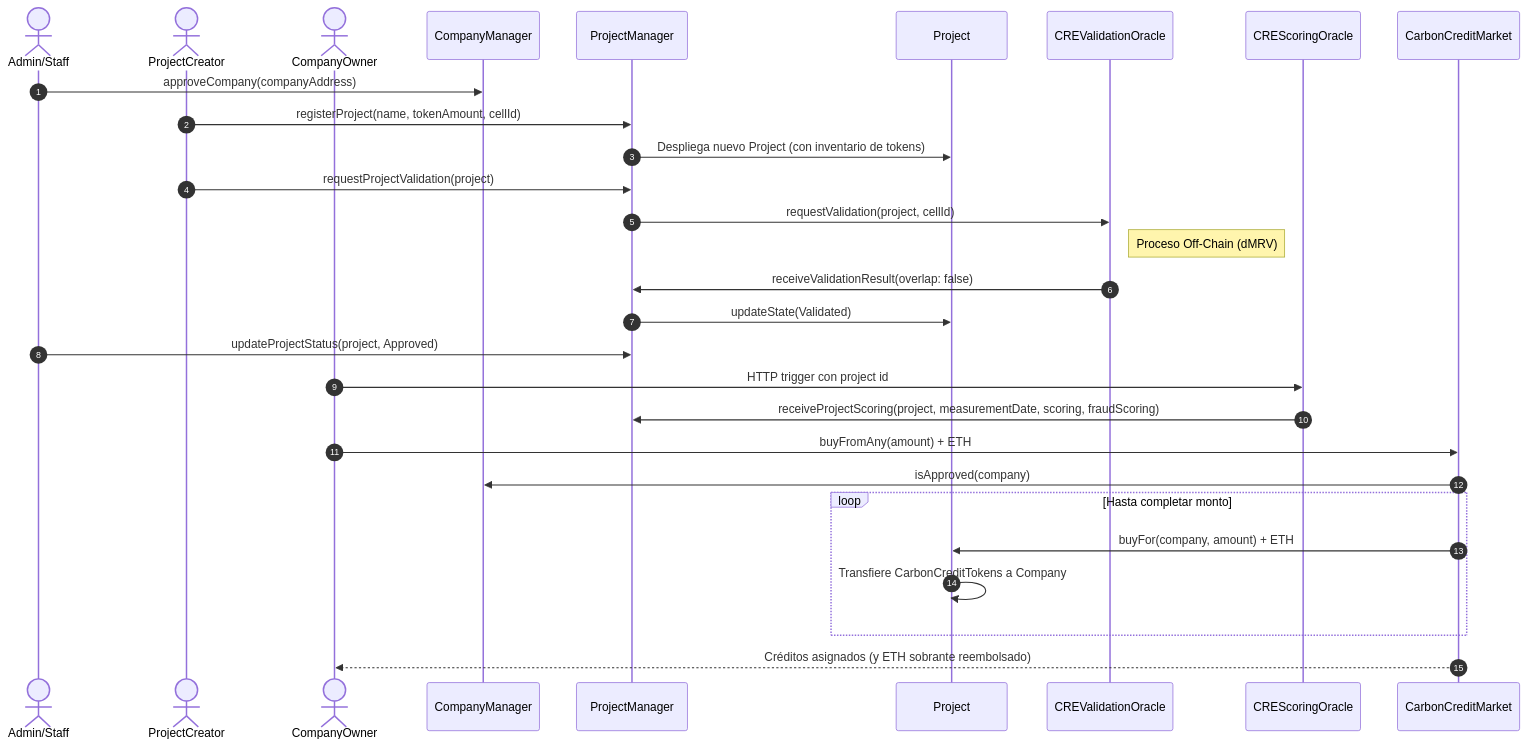
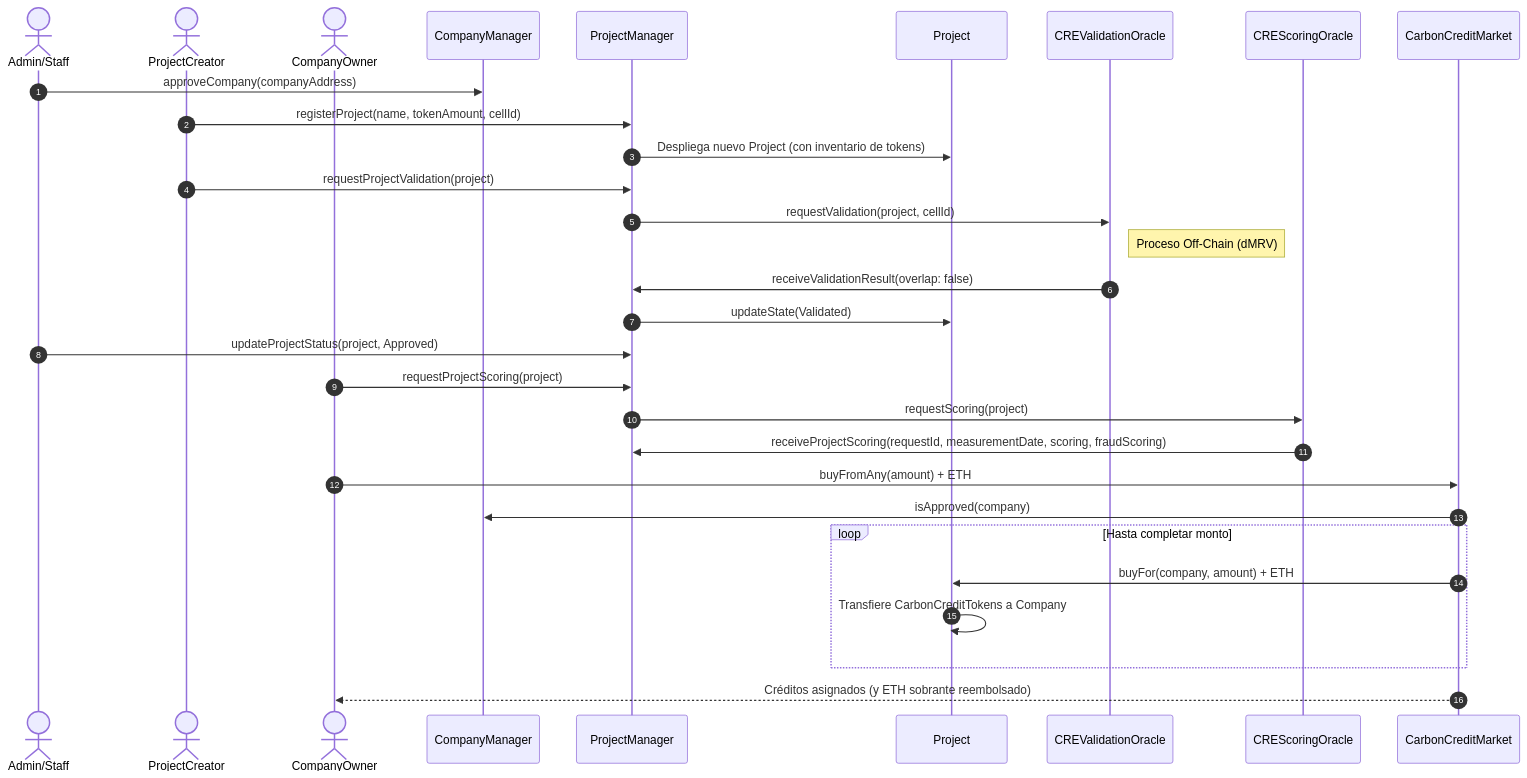
Before and after one commit to TesinaNotCarbon/NotCarbon: the seventh of 9 diagrams in docs/contracts/architecture-uml.md, drawn with Mermaid. The commit also changed other lines of this file and 40 other files, not shown here.

````diff
--- a/docs/contracts/architecture-uml.md
+++ b/docs/contracts/architecture-uml.md
@@ -386,40 +401,41 @@
 ```mermaid
 sequenceDiagram
     autonumber
     actor Admin/Staff
     actor ProjectCreator
     actor CompanyOwner
     participant CM as CompanyManager
     participant PM as ProjectManager
     participant P as Project
     participant Oracle as CREValidationOracle
     participant ScoringOracle as CREScoringOracle
     participant Market as CarbonCreditMarket
 
     %% Fase de Configuración
     Admin/Staff->>CM: approveCompany(companyAddress)
     
     %% Registro y Validación
     ProjectCreator->>PM: registerProject(name, tokenAmount, cellId)
     PM->>P: Despliega nuevo Project (con inventario de tokens)
     
     ProjectCreator->>PM: requestProjectValidation(project)
     PM->>Oracle: requestValidation(project, cellId)
     note right of Oracle: Proceso Off-Chain (dMRV)
     Oracle->>PM: receiveValidationResult(overlap: false)
     PM->>P: updateState(Validated)
     Admin/Staff->>PM: updateProjectStatus(project, Approved)
 
     %% Scoring
-    CompanyOwner->>ScoringOracle: HTTP trigger con project id
-    ScoringOracle->>PM: receiveProjectScoring(project, measurementDate, scoring, fraudScoring)
+    CompanyOwner->>PM: requestProjectScoring(project)
+    PM->>ScoringOracle: requestScoring(project)
+    ScoringOracle->>PM: receiveProjectScoring(requestId, measurementDate, scoring, fraudScoring)
 
     %% Mercado
     CompanyOwner->>Market: buyFromAny(amount) + ETH
     Market->>CM: isApproved(company)
     loop Hasta completar monto
         Market->>P: buyFor(company, amount) + ETH
         P->>P: Transfiere CarbonCreditTokens a Company
     end
     Market-->>CompanyOwner: Créditos asignados (y ETH sobrante reembolsado)
 ```
````
